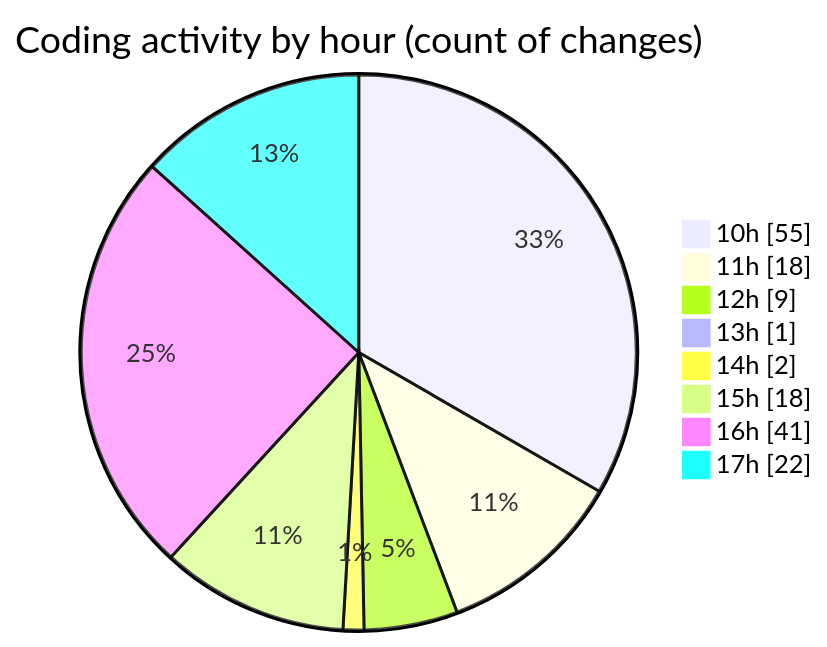
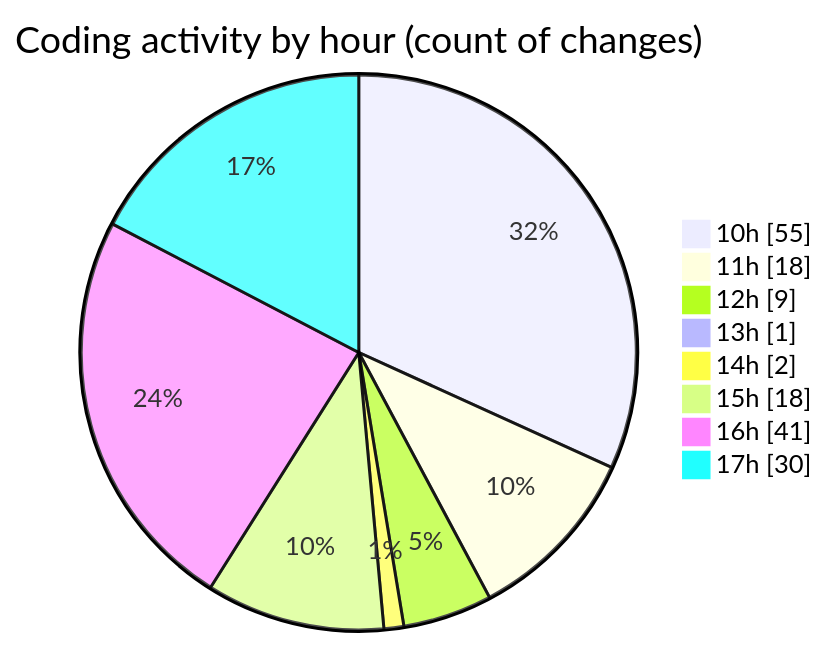
The second of 2 diagrams in 2026-03-06/nxtqube_webapp/README.md (nxtqubesakshisongat/code-tracking), drawn with Mermaid before and after one commit. The commit also changed other lines of this file and 1 other file, not shown here.

````diff
--- a/2026-03-06/nxtqube_webapp/README.md
+++ b/2026-03-06/nxtqube_webapp/README.md
@@ -41,12 +41,12 @@
 ```mermaid
 pie showData
 title Coding activity by hour (count of changes)
 "10h" : 55
 "11h" : 18
 "12h" : 9
 "13h" : 1
 "14h" : 2
 "15h" : 18
 "16h" : 41
-"17h" : 22
+"17h" : 30
 ```
````
